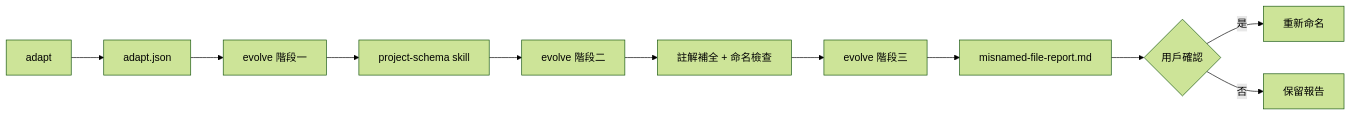
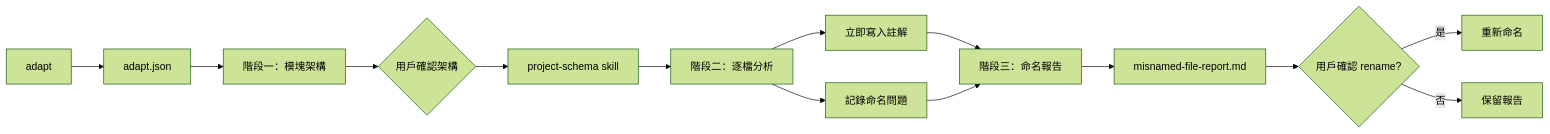
One commit to g5studio/pantheon changed the third of 3 diagrams in .cursor/commands/utilities/evolve.md. Above: the diagram before and after it, drawn with Mermaid (forest theme). The commit also changed other lines of this file and 6 other files, not shown here.

````diff
--- a/.cursor/commands/utilities/evolve.md
+++ b/.cursor/commands/utilities/evolve.md
@@ -274,13 +323,16 @@
 ```mermaid
 flowchart LR
   A[adapt] --> B[adapt.json]
-  B --> C[evolve 階段一]
-  C --> D[project-schema skill]
-  D --> E[evolve 階段二]
-  E --> F[註解補全 + 命名檢查]
-  F --> G[evolve 階段三]
-  G --> H[misnamed-file-report.md]
-  H --> I{用戶確認}
-  I -->|是| J[重新命名]
-  I -->|否| K[保留報告]
+  B --> C["階段一：模塊架構"]
+  C --> D{用戶確認架構}
+  D --> E[project-schema skill]
+  E --> F["階段二：逐檔分析"]
+  F --> G[立即寫入註解]
+  F --> H[記錄命名問題]
+  G --> I["階段三：命名報告"]
+  H --> I
+  I --> J[misnamed-file-report.md]
+  J --> K{用戶確認 rename?}
+  K -->|是| L[重新命名]
+  K -->|否| M[保留報告]
 ```
````
